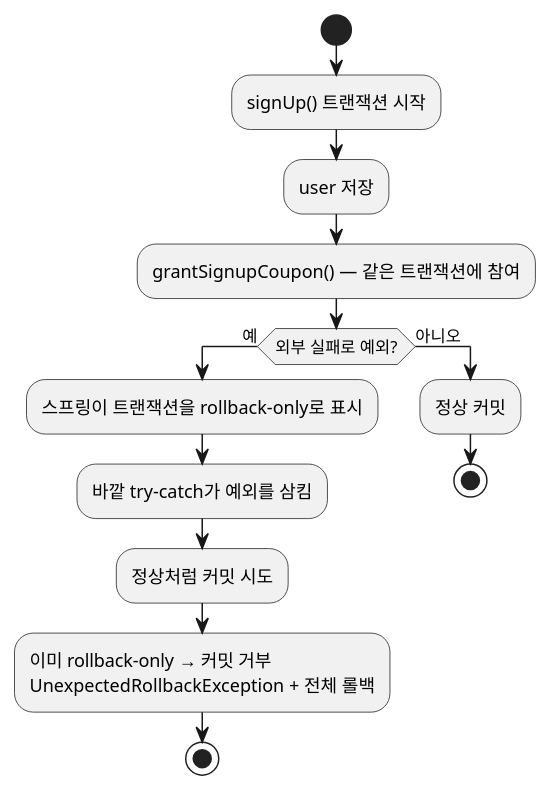
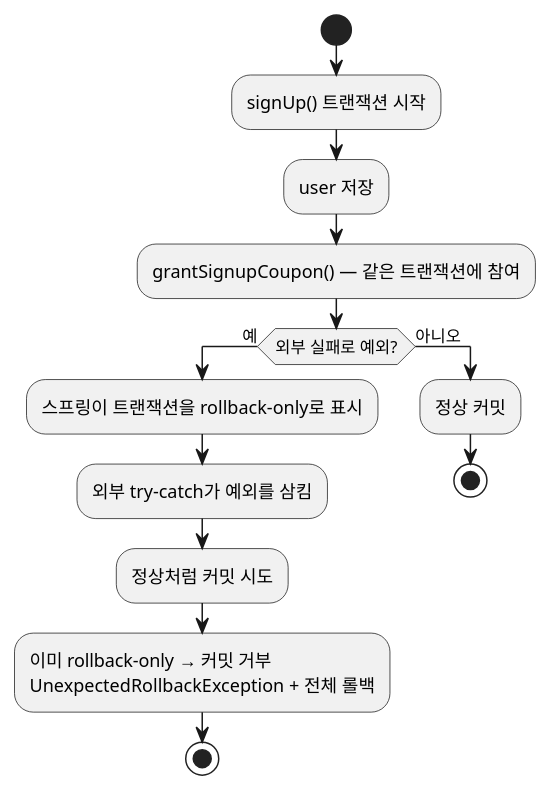
Before and after one commit to johnycho/johny-dev: the diagram in blog/2026-08-19-spring-transaction-rollback-only.mdx, drawn with PlantUML. The commit also changed other lines of this file and 24 other files, not shown here.

````diff
--- a/blog/2026-08-19-spring-transaction-rollback-only.mdx
+++ b/blog/2026-08-19-spring-transaction-rollback-only.mdx
@@ -48,18 +48,18 @@
 ```plantuml
 @startuml
 start
 :signUp() 트랜잭션 시작;
 :user 저장;
 :grantSignupCoupon() — 같은 트랜잭션에 참여;
 if (외부 실패로 예외?) then (예)
   :스프링이 트랜잭션을 rollback-only로 표시;
-  :바깥 try-catch가 예외를 삼킴;
+  :외부 try-catch가 예외를 삼킴;
   :정상처럼 커밋 시도;
   :이미 rollback-only → 커밋 거부\nUnexpectedRollbackException + 전체 롤백;
   stop
 else (아니오)
   :정상 커밋;
   stop
 endif
 @enduml
 ```
````
